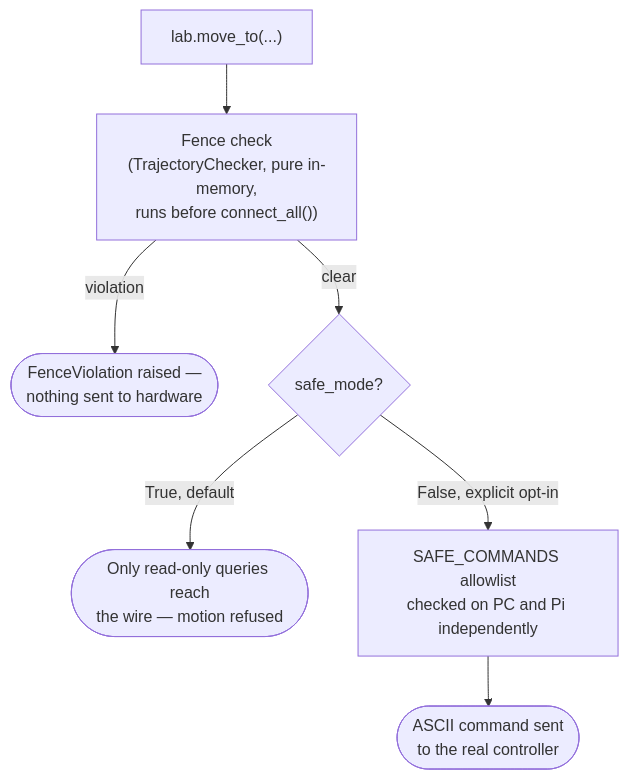
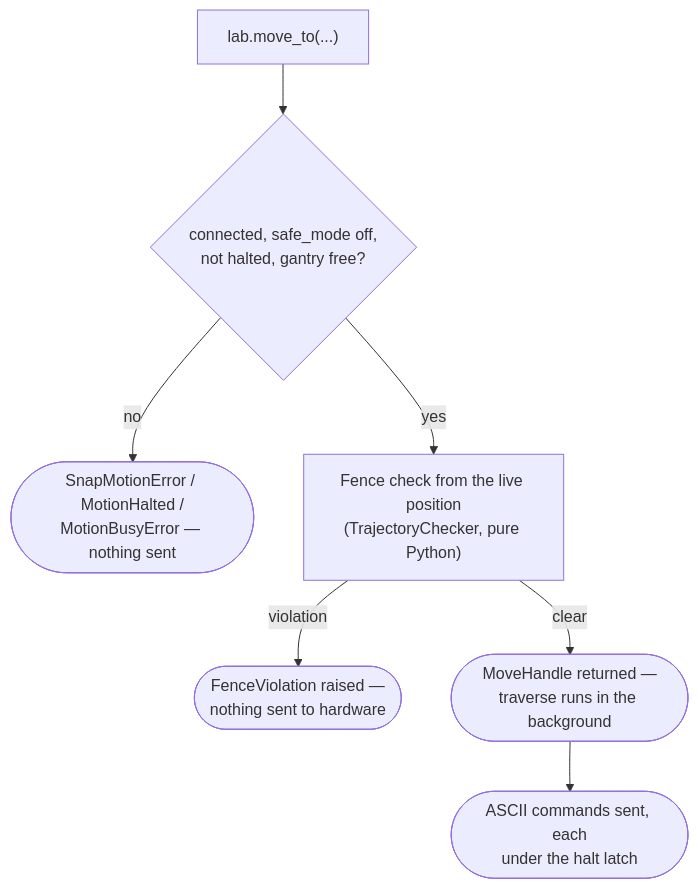
One commit to ericbarefoot/laguna changed the diagram in docs/guides/gantry-motion.md. Above: the diagram before and after it, drawn with Mermaid. The commit also changed other lines of this file and 55 other files, not shown here.

````diff
--- a/docs/guides/gantry-motion.md
+++ b/docs/guides/gantry-motion.md
@@ -16,9 +16,9 @@
 ```mermaid
 flowchart TD
-    Call["lab.move_to(...)"] --> Fence["Fence check\n(TrajectoryChecker, pure in-memory,\nruns before connect_all())"]
+    Call["lab.move_to(...)"] --> Gate{"connected, safe_mode off,\nnot halted, gantry free?"}
+    Gate -->|no| Refuse(["SnapMotionError / MotionHalted /\nMotionBusyError — nothing sent"])
+    Gate -->|yes| Fence["Fence check from the live position\n(TrajectoryChecker, pure Python)"]
     Fence -->|violation| Reject(["FenceViolation raised —\nnothing sent to hardware"])
-    Fence -->|clear| SafeMode{"safe_mode?"}
-    SafeMode -->|True, default| Blocked(["Only read-only queries reach\nthe wire — motion refused"])
-    SafeMode -->|False, explicit opt-in| Allowlist["SAFE_COMMANDS allowlist\nchecked on PC and Pi independently"]
-    Allowlist --> Wire(["ASCII command sent\nto the real controller"])
+    Fence -->|clear| Handle(["MoveHandle returned —\ntraverse runs in the background"])
+    Handle --> Wire(["ASCII commands sent, each\nunder the halt latch"])
 ```
````
